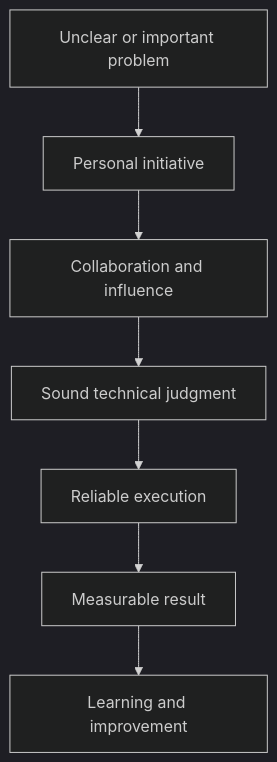
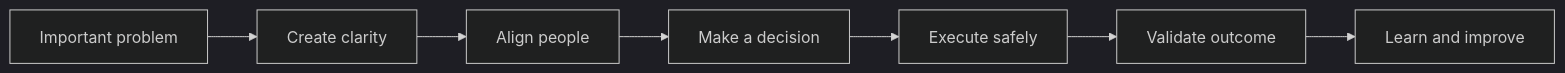
One commit to AvadhBhalodiya/Interview-Preparation changed the first of 6 diagrams in src/content/behavioral/leadership-ownership.md. Above: the diagram before and after it, drawn with Mermaid (dark theme). The commit also changed other lines of this file and 54 other files, not shown here.

````diff
--- a/src/content/behavioral/leadership-ownership.md
+++ b/src/content/behavioral/leadership-ownership.md
@@ -21,9 +21,9 @@
 ```mermaid
-flowchart TD
-    A[Unclear or important problem] --> B[Personal initiative]
-    B --> C[Collaboration and influence]
-    C --> D[Sound technical judgment]
-    D --> E[Reliable execution]
-    E --> F[Measurable result]
-    F --> G[Learning and improvement]
+flowchart LR
+    A[Important problem] --> B[Create clarity]
+    B --> C[Align people]
+    C --> D[Make a decision]
+    D --> E[Execute safely]
+    E --> F[Validate outcome]
+    F --> G[Learn and improve]
 ```
````
